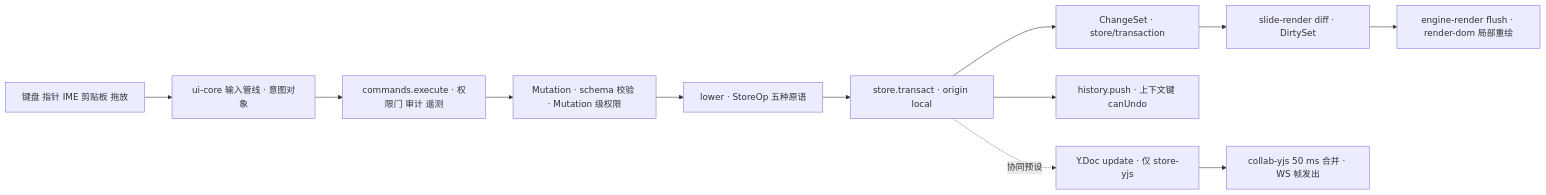
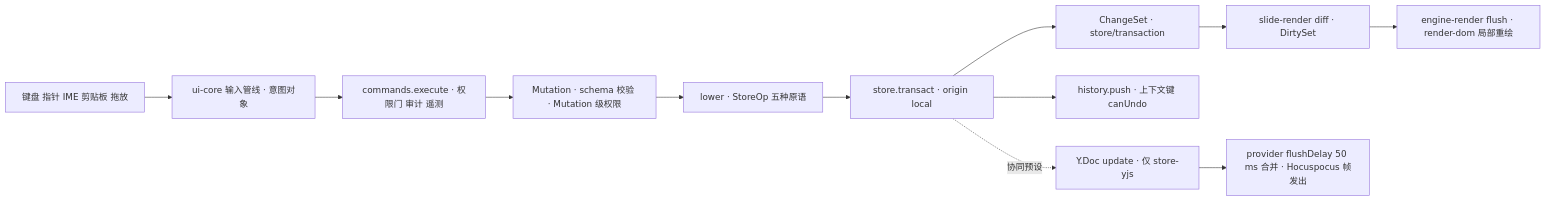
One commit to Xeonice/cordis-ppt-editor changed diagram 21 of 36 in docs/40-modules/18-atlas-system-and-frontend.md. Above: the diagram before and after it, drawn with Mermaid. The commit also changed other lines of this file and 78 other files, not shown here.

````diff
--- a/docs/40-modules/18-atlas-system-and-frontend.md
+++ b/docs/40-modules/18-atlas-system-and-frontend.md
@@ -751,20 +760,20 @@
 ```mermaid
 flowchart LR
   input["键盘 指针 IME 剪贴板 拖放"]
   intent["ui-core 输入管线 · 意图对象"]
   command["commands.execute · 权限门 审计 遥测"]
   mutation["Mutation · schema 校验 · Mutation 级权限"]
   storeOps["lower · StoreOp 五种原语"]
   store["store.transact · origin local"]
   changeSet["ChangeSet · store/transaction"]
   history["history.push · 上下文键 canUndo"]
   scene["slide-render diff · DirtySet"]
   paint["engine-render flush · render-dom 局部重绘"]
   crdt["Y.Doc update · 仅 store-yjs"]
-  send["collab-yjs 50 ms 合并 · WS 帧发出"]
+  send["provider flushDelay 50 ms 合并 · Hocuspocus 帧发出"]
   input --> intent --> command --> mutation --> storeOps --> store
   store --> changeSet
   store --> history
   changeSet --> scene --> paint
   store -. "协同预设" .-> crdt --> send
 ```
````
